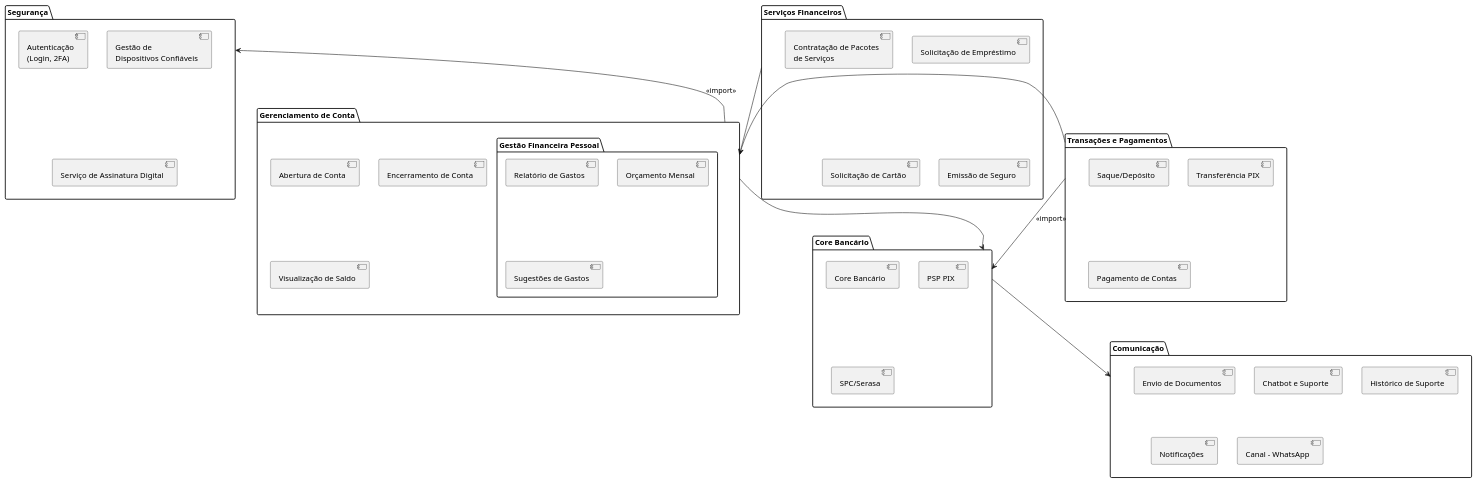
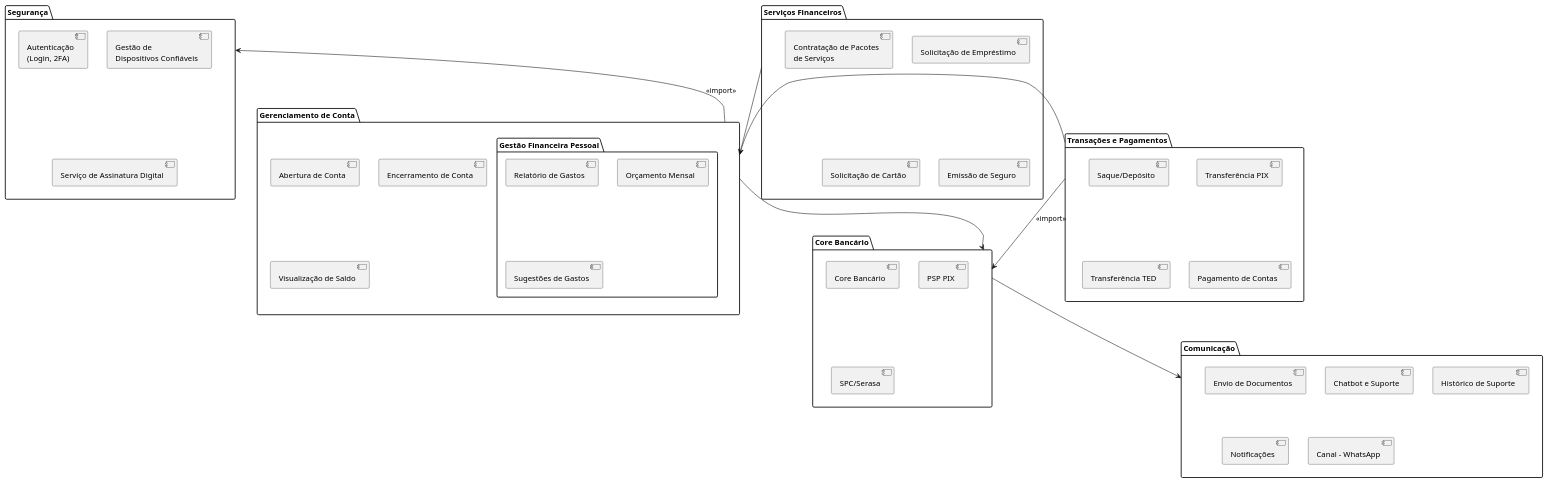
One commit to Jphn/vitta-next changed the diagram in diagrama-pacotes/index.puml. Above: the diagram before and after it, drawn with PlantUML. The commit also changed 6 other files, not shown here.

```diff
--- a/diagrama-pacotes/index.puml
+++ b/diagrama-pacotes/index.puml
@@ -1,54 +1,55 @@
 @startuml packs
 
 package "Segurança" as Security {
   [Autenticação\n(Login, 2FA)]
   [Gestão de\nDispositivos Confiáveis]
   [Serviço de Assinatura Digital]
 }
 
 package "Serviços Financeiros" as Services {
   [Solicitação de Empréstimo]
   [Contratação de Pacotes\nde Serviços]
   [Solicitação de Cartão]
   [Emissão de Seguro]
 }
 
 package "Core Bancário" as Core {
   [Core Bancário]
   [PSP PIX]
   [SPC/Serasa]
 }
 
 package "Gerenciamento de Conta" as Account {
   [Abertura de Conta]
   [Encerramento de Conta]
   [Visualização de Saldo] 
   package "Gestão Financeira Pessoal" as Management {
     [Relatório de Gastos]
     [Orçamento Mensal]
     [Sugestões de Gastos]
   }
 }
 
 package "Transações e Pagamentos" as Transactions {
   [Saque/Depósito]
   [Transferência PIX]
+  [Transferência TED]
   [Pagamento de Contas]
 }
 
 package "Comunicação" as Communication {
   [Envio de Documentos]
   [Chatbot e Suporte]
   [Histórico de Suporte]
   [Notificações]
   [Canal - WhatsApp]
 }
 
 Account --> Security : <<import>>        
 Account --> Core           
 Transactions --> Core : <<import>>
 Transactions --> Account
 Services --> Account              
 Core --> Communication
 
 @enduml
```
